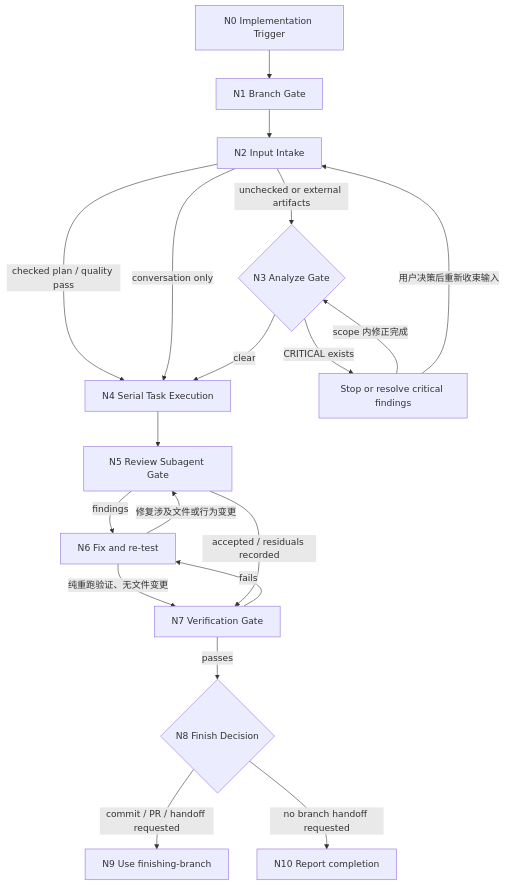
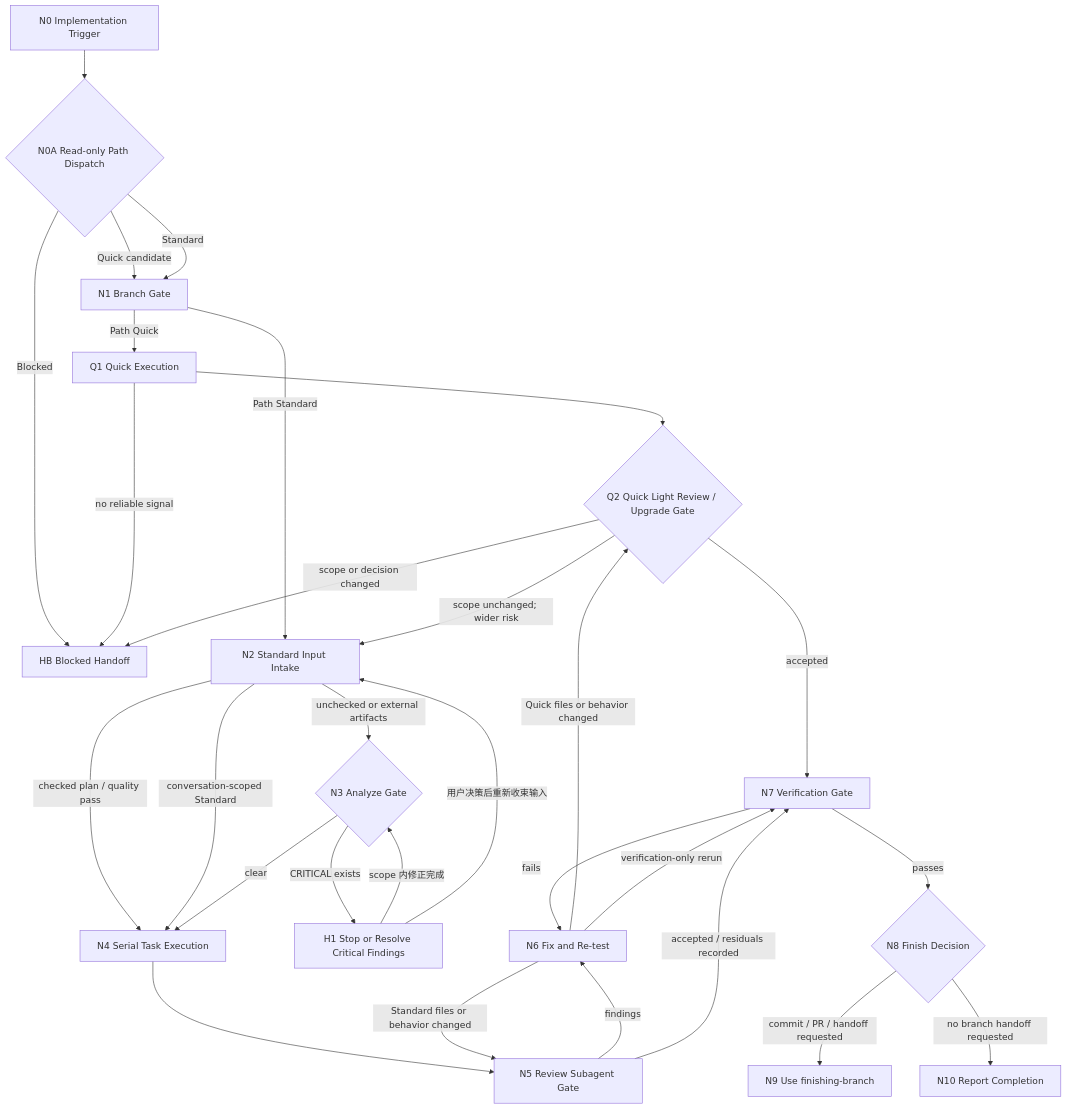
The diagram in implement/SKILL.md (fjxyyzg3/Skills), drawn with Mermaid before and after one commit. The commit also changed other lines of this file and 28 other files, not shown here.

````diff
--- a/implement/SKILL.md
+++ b/implement/SKILL.md
@@ -41,21 +68,31 @@
 ```mermaid
 flowchart TD
-  N0["N0 Implementation Trigger"] --> N1["N1 Branch Gate"]
-  N1 --> N2["N2 Input Intake"]
+  N0["N0 Implementation Trigger"] --> N0A{"N0A Read-only Path Dispatch"}
+  N0A -- "Quick candidate" --> N1["N1 Branch Gate"]
+  N0A -- "Standard" --> N1
+  N0A -- "Blocked" --> HB["HB Blocked Handoff"]
+  N1 -- "Path Quick" --> Q1["Q1 Quick Execution"]
+  N1 -- "Path Standard" --> N2["N2 Standard Input Intake"]
+  Q1 --> Q2{"Q2 Quick Light Review / Upgrade Gate"}
+  Q1 -- "no reliable signal" --> HB
+  Q2 -- "accepted" --> N7["N7 Verification Gate"]
+  Q2 -- "scope unchanged; wider risk" --> N2
+  Q2 -- "scope or decision changed" --> HB
   N2 -- "checked plan / quality pass" --> N4["N4 Serial Task Execution"]
   N2 -- "unchecked or external artifacts" --> N3{"N3 Analyze Gate"}
-  N2 -- "conversation only" --> N4["N4 Serial Task Execution"]
-  N3 -- "CRITICAL exists" --> H1["Stop or resolve critical findings"]
+  N2 -- "conversation-scoped Standard" --> N4
+  N3 -- "CRITICAL exists" --> H1["H1 Stop or Resolve Critical Findings"]
   H1 -- "scope 内修正完成" --> N3
   H1 -- "用户决策后重新收束输入" --> N2
   N3 -- "clear" --> N4
   N4 --> N5["N5 Review Subagent Gate"]
-  N5 -- "findings" --> N6["N6 Fix and re-test"]
-  N6 -- "修复涉及文件或行为变更" --> N5
-  N6 -- "纯重跑验证、无文件变更" --> N7
-  N5 -- "accepted / residuals recorded" --> N7["N7 Verification Gate"]
+  N5 -- "findings" --> N6["N6 Fix and Re-test"]
+  N6 -- "Quick files or behavior changed" --> Q2
+  N6 -- "Standard files or behavior changed" --> N5
+  N6 -- "verification-only rerun" --> N7
+  N5 -- "accepted / residuals recorded" --> N7
   N7 -- "fails" --> N6
   N7 -- "passes" --> N8{"N8 Finish Decision"}
   N8 -- "commit / PR / handoff requested" --> N9["N9 Use finishing-branch"]
-  N8 -- "no branch handoff requested" --> N10["N10 Report completion"]
+  N8 -- "no branch handoff requested" --> N10["N10 Report Completion"]
 ```
````
